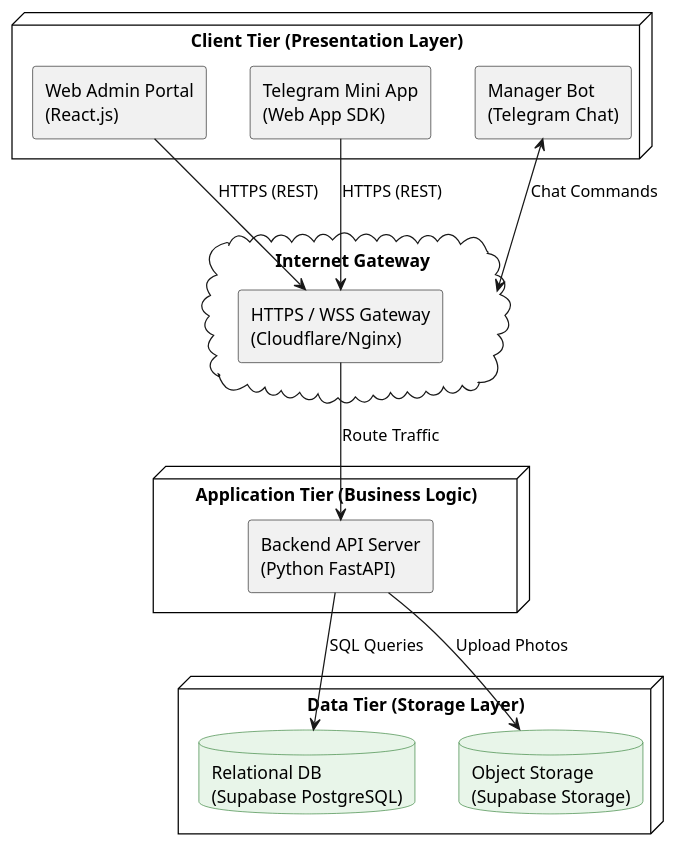
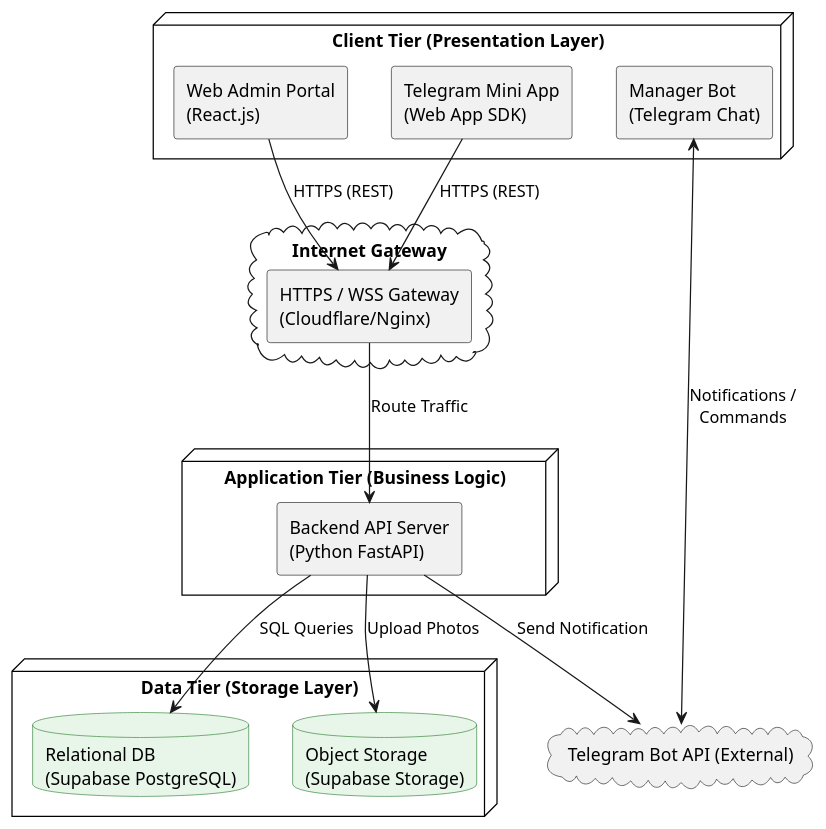
Before and after one commit to asn95/desktop-tutorial: the diagram in uml/01_system_architecture.puml, drawn with PlantUML. The commit also changed 106 other files, not shown here.

```diff
--- a/uml/01_system_architecture.puml
+++ b/uml/01_system_architecture.puml
@@ -1,38 +1,41 @@
 @startuml
 skinparam componentStyle rectangle
 skinparam defaultFontName Arial
 skinparam node {
     BackgroundColor White
     BorderColor Black
 }
 skinparam database {
     BackgroundColor #E8F5E9
     BorderColor #2E7D32
 }
 
 node "Client Tier (Presentation Layer)" {
     component "Web Admin Portal\n(React.js)" as web
     component "Telegram Mini App\n(Web App SDK)" as miniapp
     component "Manager Bot\n(Telegram Chat)" as botchat
 }
 
-cloud "Internet Gateway" as gateway {
+cloud "Internet Gateway" {
     component "HTTPS / WSS Gateway\n(Cloudflare/Nginx)" as lb
 }
+
+cloud "Telegram Bot API (External)" as tgapi
 
 node "Application Tier (Business Logic)" {
     component "Backend API Server\n(Python FastAPI)" as api
 }
 
 node "Data Tier (Storage Layer)" {
     database "Relational DB\n(Supabase PostgreSQL)" as db
     database "Object Storage\n(Supabase Storage)" as storage
 }
 
 web --> lb : HTTPS (REST)
 miniapp --> lb : HTTPS (REST)
-botchat <--> gateway : Chat Commands
+botchat <--> tgapi : Notifications /\nCommands
 lb --> api : Route Traffic
 api --> db : SQL Queries
 api --> storage : Upload Photos
+api --> tgapi : Send Notification
 @enduml
```
